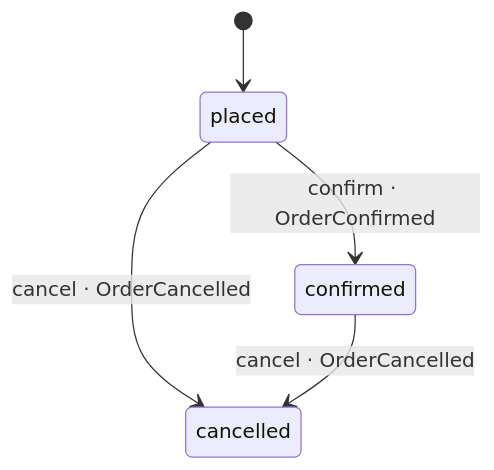
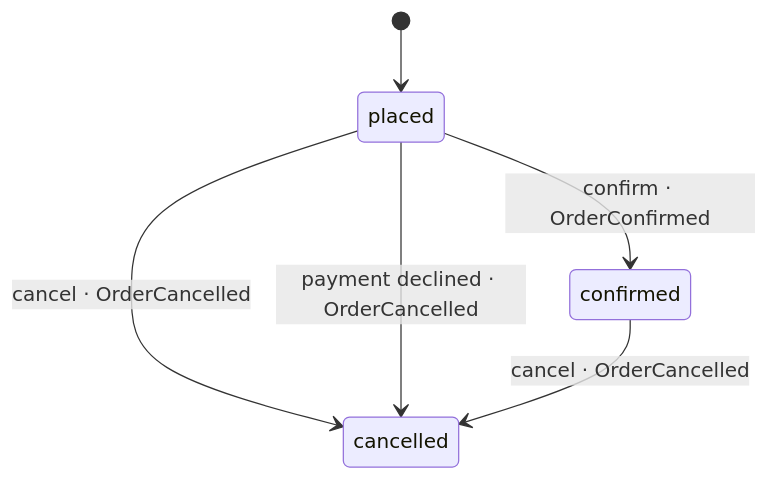
Before and after one commit to shortlink-org/portolan: the first of 2 diagrams in docs/example/shop/oms/aggregates/order.md, drawn with Mermaid. The commit also changed other lines of this file and 54 other files, not shown here.

First line of the commit message:
feat(oms): cancel an order whose payment is declined (SHO-20)

````diff
--- a/docs/example/shop/oms/aggregates/order.md
+++ b/docs/example/shop/oms/aggregates/order.md
@@ -15,7 +15,8 @@
 ```mermaid
 stateDiagram-v2
     [*] --> placed
     placed --> confirmed: confirm · OrderConfirmed
     placed --> cancelled: cancel · OrderCancelled
+    placed --> cancelled: payment declined · OrderCancelled
     confirmed --> cancelled: cancel · OrderCancelled
 ```
````
